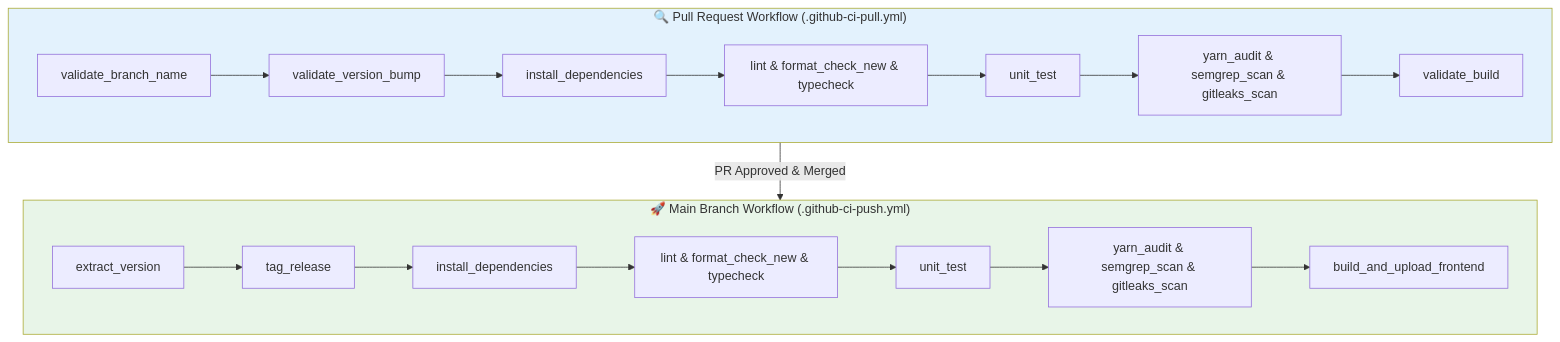
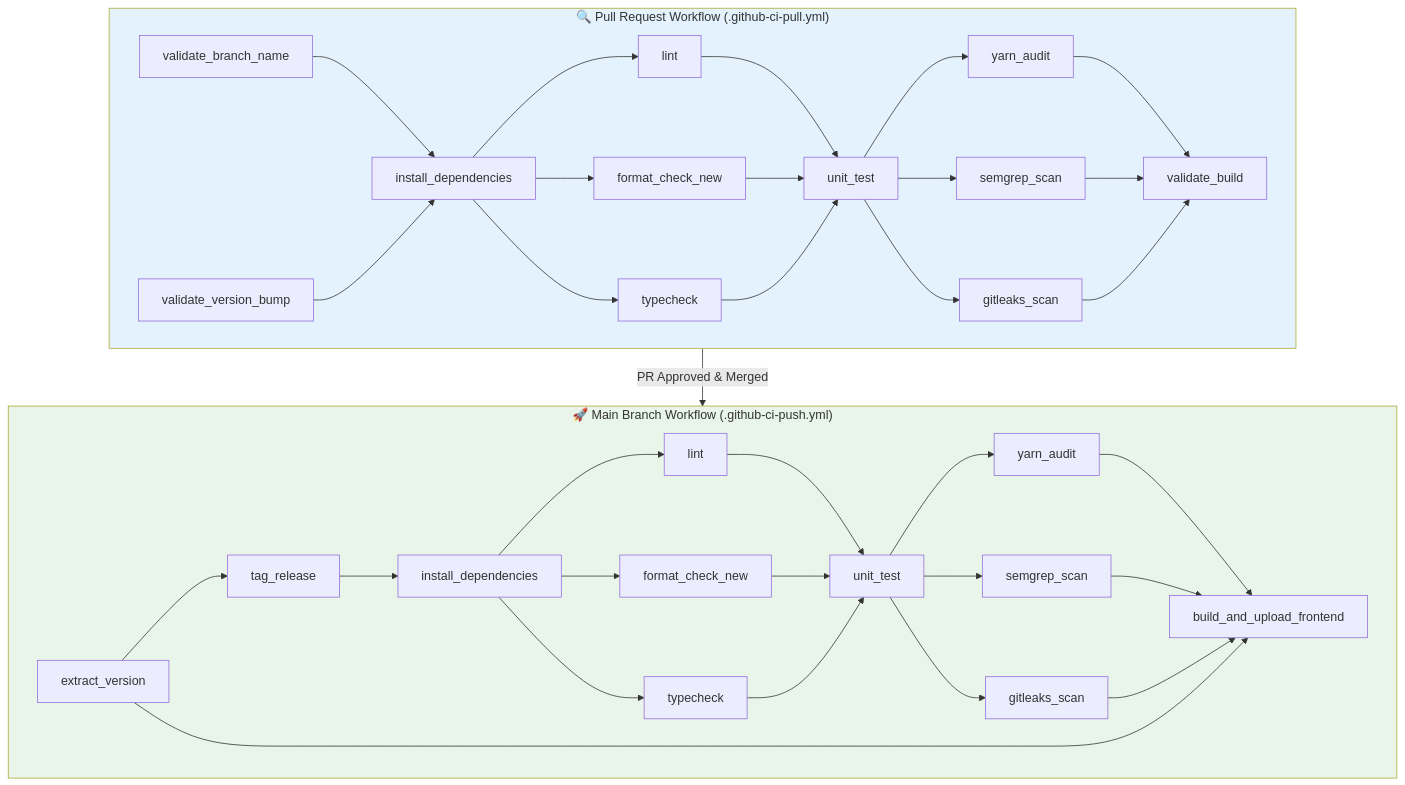
One commit to wehrwolf217/Nodejs-Bestpractice-Cicd-Frontend changed the diagram in README.md. Above: the diagram before and after it, drawn with Mermaid. The commit also changed other lines of this file, not shown here.

````diff
--- a/README.md
+++ b/README.md
@@ -200,25 +201,45 @@
 ```mermaid
-graph TB
+graph TD
     subgraph PR["🔍 Pull Request Workflow (.github-ci-pull.yml)"]
-        PR1[validate_branch_name] --> PR2[validate_version_bump]
-        PR2 --> PR3[install_dependencies]
-        PR3 --> PR4[lint & format_check_new & typecheck]
-        PR4 --> PR5[unit_test]
-        PR5 --> PR6[yarn_audit & semgrep_scan & gitleaks_scan]
-        PR6 --> PR7[validate_build]
+        PR1[validate_branch_name] 
+        PR2[validate_version_bump]
+        PR1 --> PR3[install_dependencies]
+        PR2 --> PR3
+        PR3 --> PR4A[lint]
+        PR3 --> PR4B[format_check_new]
+        PR3 --> PR4C[typecheck]
+        PR4A --> PR5[unit_test]
+        PR4B --> PR5
+        PR4C --> PR5
+        PR5 --> PR6A[yarn_audit]
+        PR5 --> PR6B[semgrep_scan]
+        PR5 --> PR6C[gitleaks_scan]
+        PR6A --> PR7[validate_build]
+        PR6B --> PR7
+        PR6C --> PR7
     end
 
     subgraph PUSH["🚀 Main Branch Workflow (.github-ci-push.yml)"]
-        PUSH1[extract_version] --> PUSH2[tag_release]
+        PUSH1[extract_version] 
+        PUSH1 --> PUSH2[tag_release]
         PUSH2 --> PUSH3[install_dependencies]
-        PUSH3 --> PUSH4[lint & format_check_new & typecheck]
-        PUSH4 --> PUSH5[unit_test]
-        PUSH5 --> PUSH6[yarn_audit & semgrep_scan & gitleaks_scan]
-        PUSH6 --> PUSH7[build_and_upload_frontend]
+        PUSH3 --> PUSH4A[lint]
+        PUSH3 --> PUSH4B[format_check_new]
+        PUSH3 --> PUSH4C[typecheck]
+        PUSH4A --> PUSH5[unit_test]
+        PUSH4B --> PUSH5
+        PUSH4C --> PUSH5
+        PUSH5 --> PUSH6A[yarn_audit]
+        PUSH5 --> PUSH6B[semgrep_scan]
+        PUSH5 --> PUSH6C[gitleaks_scan]
+        PUSH6A --> PUSH7[build_and_upload_frontend]
+        PUSH6B --> PUSH7
+        PUSH6C --> PUSH7
+        PUSH1 --> PUSH7
     end
 
     PR --> |PR Approved & Merged| PUSH
 
     style PR fill:#e3f2fd
     style PUSH fill:#e8f5e8
 ```
````
